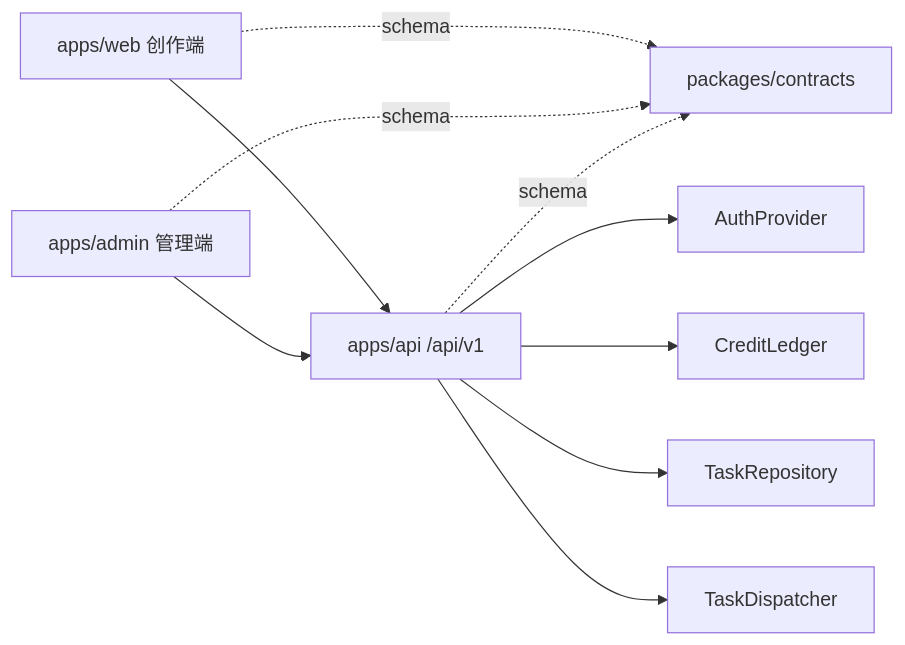
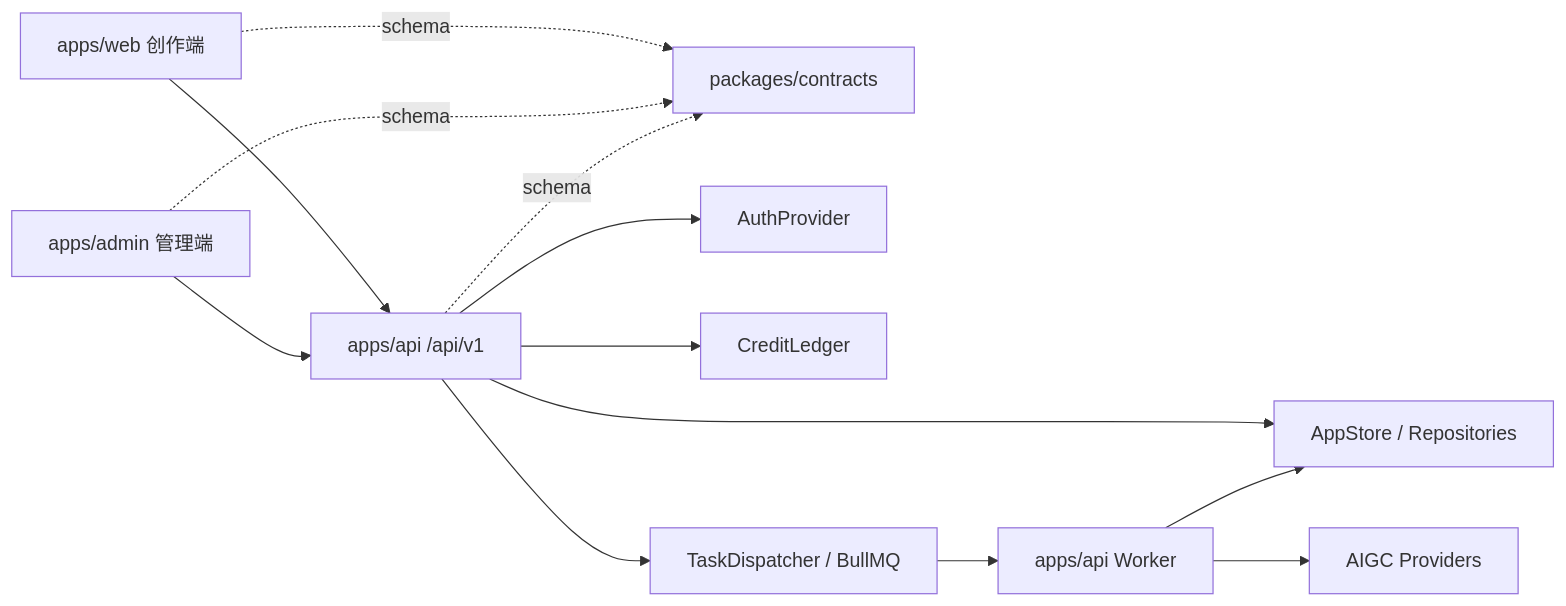
Before and after one commit to usaaron/AIGC_Video_Platform: the diagram in docs/ARCHITECTURE.md, drawn with Mermaid. The commit also changed other lines of this file and 13 other files, not shown here.

````diff
--- a/docs/ARCHITECTURE.md
+++ b/docs/ARCHITECTURE.md
@@ -7,12 +7,15 @@
 ```mermaid
 flowchart LR
   Web["apps/web 创作端"] --> API["apps/api /api/v1"]
   Admin["apps/admin 管理端"] --> API
   Web -. schema .-> Contracts["packages/contracts"]
   Admin -. schema .-> Contracts
   API -. schema .-> Contracts
   API --> Auth["AuthProvider"]
   API --> Ledger["CreditLedger"]
-  API --> Repo["TaskRepository"]
-  API --> Queue["TaskDispatcher"]
+  API --> Repo["AppStore / Repositories"]
+  API --> Queue["TaskDispatcher / BullMQ"]
+  Queue --> Worker["apps/api Worker"]
+  Worker --> Repo
+  Worker --> Providers["AIGC Providers"]
 ```
````
